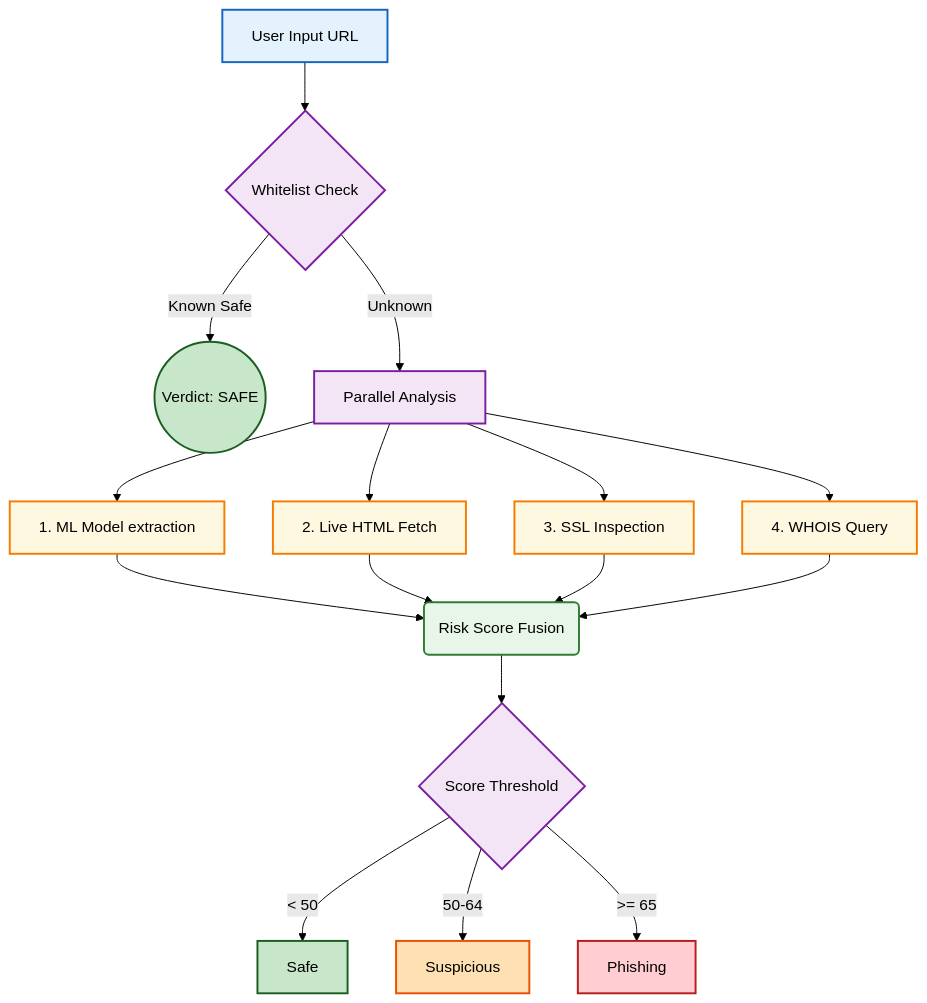
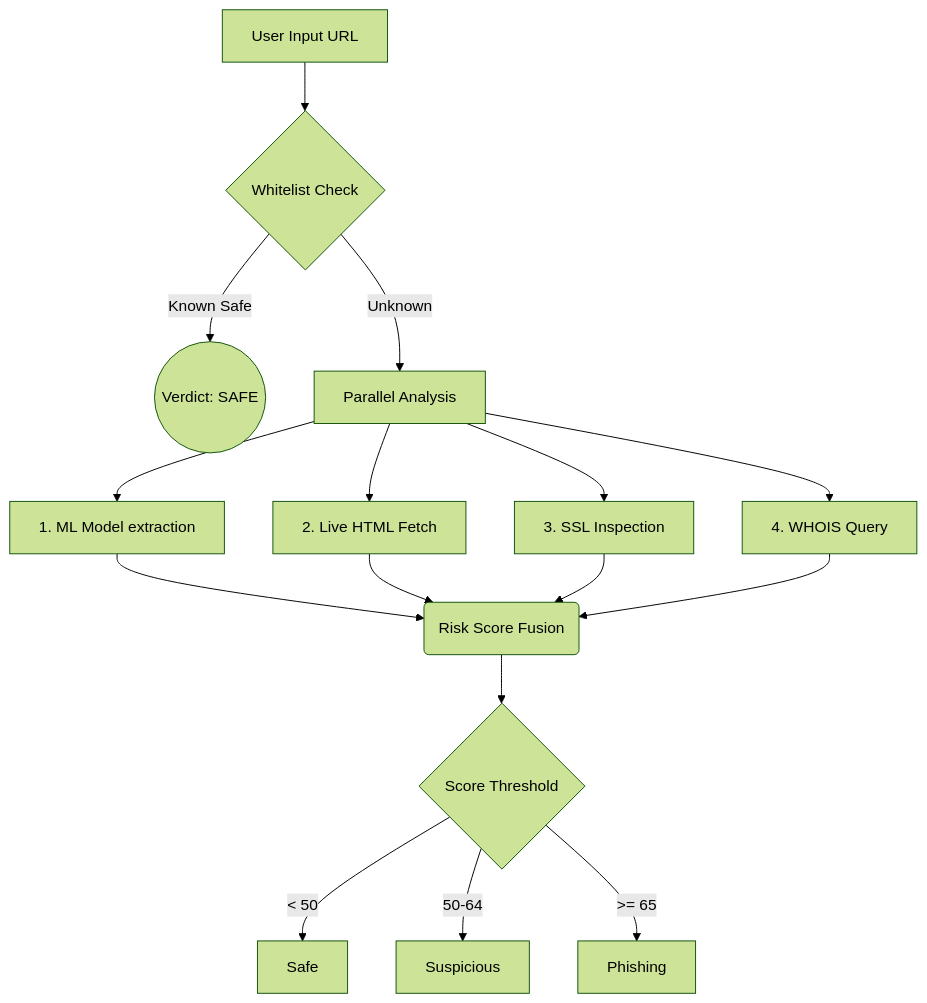
Before and after one commit to End-2007/phishing-site: the diagram in README.md, drawn with Mermaid (forest theme). The commit also changed other lines of this file, not shown here.

````diff
--- a/README.md
+++ b/README.md
@@ -33,30 +31,21 @@
 ```mermaid
 graph TD
-    %% Styling
-    classDef input fill:#e3f2fd,stroke:#1565c0,stroke-width:2px;
-    classDef process fill:#f3e5f5,stroke:#7b1fa2,stroke-width:2px;
-    classDef analysis fill:#fff8e1,stroke:#f57c00,stroke-width:2px;
-    classDef fusion fill:#e8f5e9,stroke:#2e7d32,stroke-width:2px;
-    classDef safe fill:#c8e6c9,stroke:#1b5e20,stroke-width:2px;
-    classDef suspicious fill:#ffe0b2,stroke:#e65100,stroke-width:2px;
-    classDef phishing fill:#ffcdd2,stroke:#b71c1c,stroke-width:2px;
-
-    A["<font color='black'>User Input URL</font>"]:::input --> B{"<font color='black'>Whitelist Check</font>"}:::process
-    B -- Known Safe --> C(("<font color='black'>Verdict: SAFE</font>")):::safe
-    B -- Unknown --> D["<font color='black'>Parallel Analysis</font>"]:::process
+    A[User Input URL] --> B{Whitelist Check}
+    B -- Known Safe --> C((Verdict: SAFE))
+    B -- Unknown --> D[Parallel Analysis]
     
-    D --> E["<font color='black'>1. ML Model extraction</font>"]:::analysis
-    D --> F["<font color='black'>2. Live HTML Fetch</font>"]:::analysis
-    D --> G["<font color='black'>3. SSL Inspection</font>"]:::analysis
-    D --> H["<font color='black'>4. WHOIS Query</font>"]:::analysis
+    D --> E[1. ML Model extraction]
+    D --> F[2. Live HTML Fetch]
+    D --> G[3. SSL Inspection]
+    D --> H[4. WHOIS Query]
     
-    E --> I("<font color='black'>Risk Score Fusion</font>"):::fusion
+    E --> I(Risk Score Fusion)
     F --> I
     G --> I
     H --> I
     
-    I --> J{"<font color='black'>Score Threshold</font>"}:::process
-    J -- < 50 --> K["<font color='black'>Safe</font>"]:::safe
-    J -- 50-64 --> L["<font color='black'>Suspicious</font>"]:::suspicious
-    J -- >= 65 --> M["<font color='black'>Phishing</font>"]:::phishing
+    I --> J{Score Threshold}
+    J -- < 50 --> K[Safe]
+    J -- 50-64 --> L[Suspicious]
+    J -- >= 65 --> M[Phishing]
 ```
````
